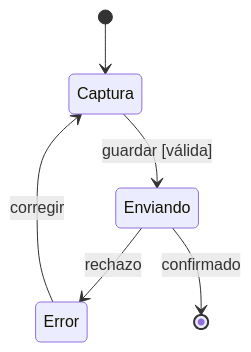
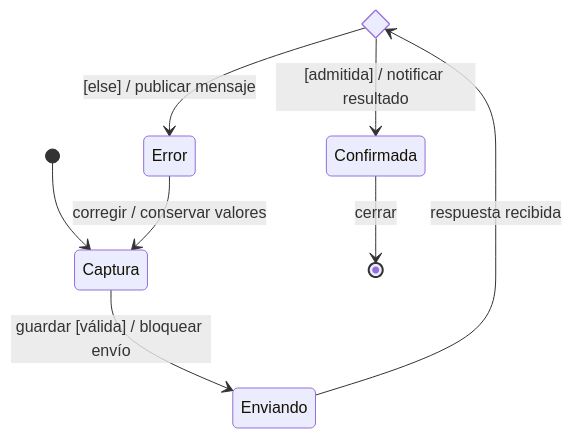
One commit to gpgsistemas01/nexus changed the third of 7 diagrams in front/docs/architecture/views/diagram-reading.md. Above: the diagram before and after it, drawn with Mermaid. The commit also changed other lines of this file and 158 other files, not shown here.

````diff
--- a/front/docs/architecture/views/diagram-reading.md
+++ b/front/docs/architecture/views/diagram-reading.md
@@ -142,8 +148,11 @@
 ```mermaid
 stateDiagram-v2
+    state Resolver <<choice>>
     [*] --> Captura
-    Captura --> Enviando: guardar [válida]
-    Enviando --> Error: rechazo
-    Error --> Captura: corregir
-    Enviando --> [*]: confirmado
+    Captura --> Enviando: guardar [válida] / bloquear envío
+    Enviando --> Resolver: respuesta recibida
+    Resolver --> Confirmada: [admitida] / notificar resultado
+    Resolver --> Error: [else] / publicar mensaje
+    Error --> Captura: corregir / conservar valores
+    Confirmada --> [*]: cerrar
 ```
````
